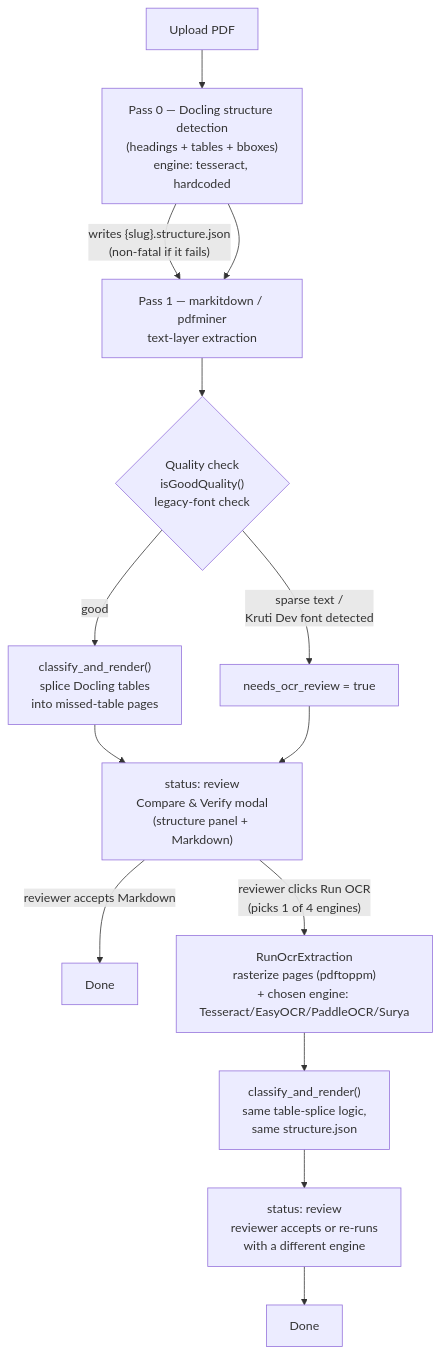
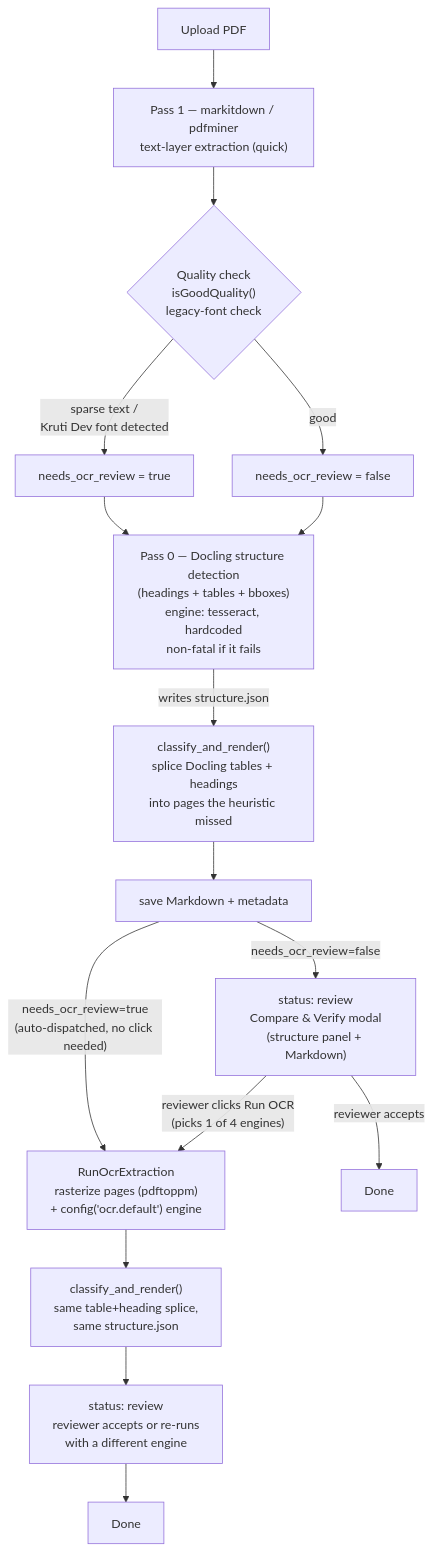
The diagram in OCR_RESEARCH.md (SubhanRaj/pdf-markdown-pipeline), drawn with Mermaid before and after one commit. The commit also changed other lines of this file and 5 other files, not shown here.

Commit message:
docs: record M34 (heading splice, pass reorder, auto-OCR-trigger)

````diff
--- a/OCR_RESEARCH.md
+++ b/OCR_RESEARCH.md
@@ -57,16 +67,18 @@
 ```mermaid
 flowchart TD
-    U[Upload PDF] --> P0["Pass 0 — Docling structure detection\n(headings + tables + bboxes)\nengine: tesseract, hardcoded"]
-    P0 -->|"writes {slug}.structure.json\n(non-fatal if it fails)"| P1
-    P0 --> P1["Pass 1 — markitdown / pdfminer\ntext-layer extraction"]
+    U[Upload PDF] --> P1["Pass 1 — markitdown / pdfminer\ntext-layer extraction (quick)"]
     P1 --> QC{"Quality check\nisGoodQuality()\nlegacy-font check"}
-    QC -->|good| SPLICE1["classify_and_render()\nsplice Docling tables\ninto missed-table pages"]
-    SPLICE1 --> REVIEW["status: review\nCompare & Verify modal\n(structure panel + Markdown)"]
     QC -->|"sparse text /\nKruti Dev font detected"| FLAG["needs_ocr_review = true"]
-    FLAG --> REVIEW
-    REVIEW -->|reviewer accepts Markdown| DONE1[Done]
-    REVIEW -->|"reviewer clicks Run OCR\n(picks 1 of 4 engines)"| P2["RunOcrExtraction\nrasterize pages (pdftoppm)\n+ chosen engine: Tesseract/EasyOCR/PaddleOCR/Surya"]
-    P2 --> SPLICE2["classify_and_render()\nsame table-splice logic,\nsame structure.json"]
+    QC -->|good| OK["needs_ocr_review = false"]
+    FLAG --> P0
+    OK --> P0["Pass 0 — Docling structure detection\n(headings + tables + bboxes)\nengine: tesseract, hardcoded\nnon-fatal if it fails"]
+    P0 -->|writes structure.json| SPLICE["classify_and_render()\nsplice Docling tables + headings\ninto pages the heuristic missed"]
+    SPLICE --> SAVE["save Markdown + metadata"]
+    SAVE -->|needs_ocr_review=false| REVIEW["status: review\nCompare & Verify modal\n(structure panel + Markdown)"]
+    SAVE -->|"needs_ocr_review=true\n(auto-dispatched, no click needed)"| P2["RunOcrExtraction\nrasterize pages (pdftoppm)\n+ config('ocr.default') engine"]
+    REVIEW -->|reviewer accepts| DONE1[Done]
+    REVIEW -->|"reviewer clicks Run OCR\n(picks 1 of 4 engines)"| P2
+    P2 --> SPLICE2["classify_and_render()\nsame table+heading splice,\nsame structure.json"]
     SPLICE2 --> REVIEW2["status: review\nreviewer accepts or re-runs\nwith a different engine"]
     REVIEW2 --> DONE2[Done]
 ```
````
